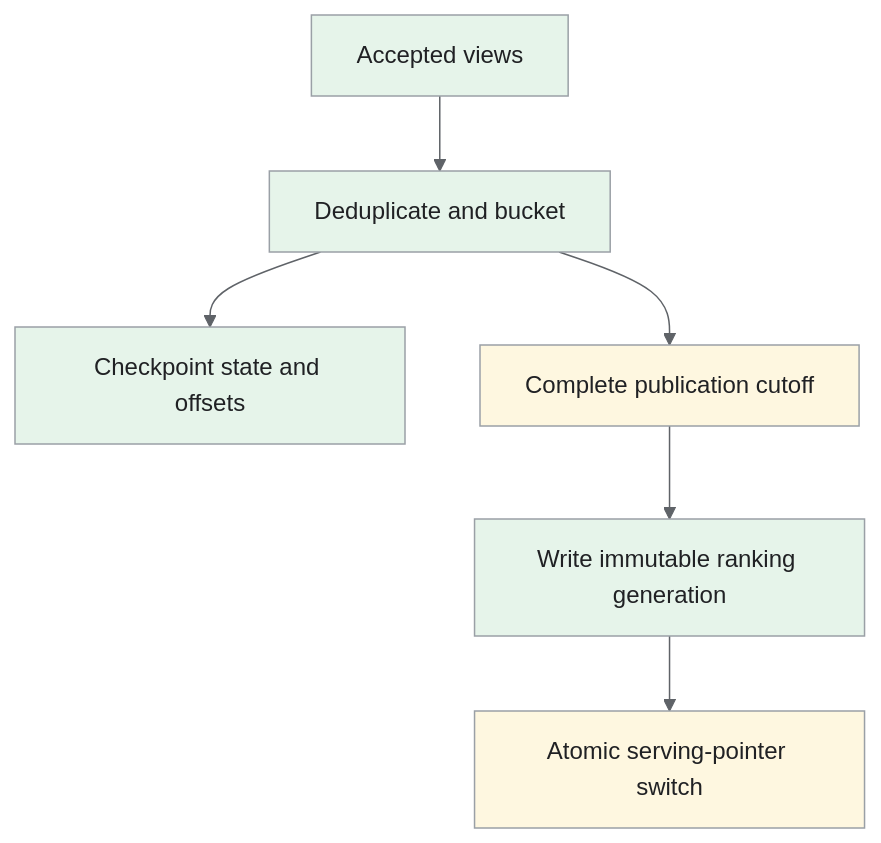
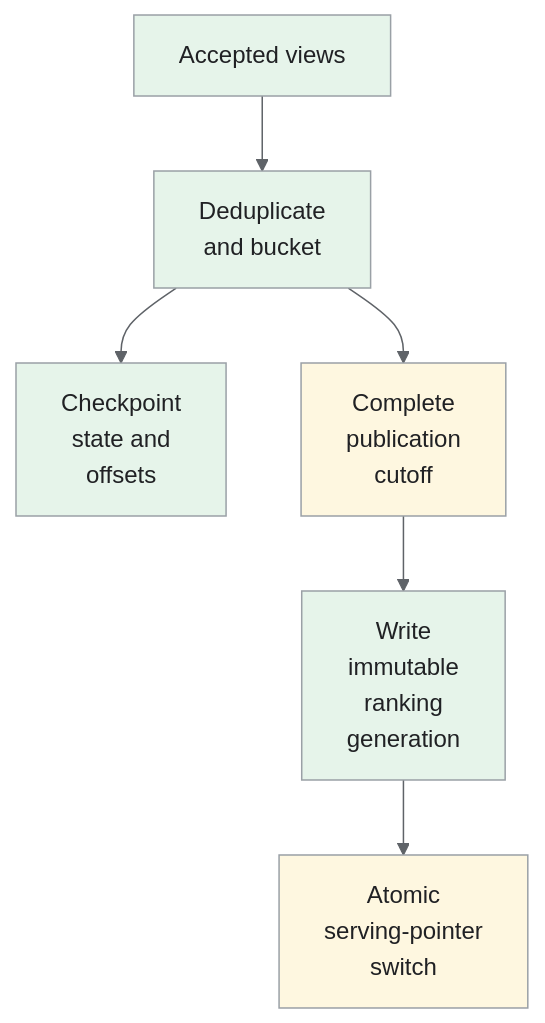
The fifth of 5 diagrams in _designs/system-design-top-k.md (iliazlobin/iliazlobin.github.io), drawn with Mermaid before and after one commit. The commit also changed other lines of this file and 116 other files, not shown here.

````diff
--- a/_designs/system-design-top-k.md
+++ b/_designs/system-design-top-k.md
@@ -317,15 +355,15 @@
 ```mermaid
-%%{init: {'theme':'base','themeVariables':{'primaryColor':'#e8f0fe','primaryTextColor':'#202124','primaryBorderColor':'#9aa0a6','lineColor':'#5f6368','secondaryColor':'#e6f4ea','tertiaryColor':'#fef7e0','actorBkg':'#e8f0fe','actorBorder':'#9aa0a6','actorTextColor':'#202124','noteBkgColor':'#fef7e0','noteTextColor':'#202124','noteBorderColor':'#9aa0a6','signalColor':'#5f6368','signalTextColor':'#202124','labelBoxBkgColor':'#fef7e0','labelBoxBorderColor':'#9aa0a6'}}}%%
+%%{init: {"theme":"base","themeVariables":{"primaryColor":"#e8f0fe","primaryBorderColor":"#9aa0a6","primaryTextColor":"#202124","secondaryColor":"#e6f4ea","tertiaryColor":"#fef7e0","lineColor":"#5f6368","actorBkg":"#e8f0fe","actorBorder":"#9aa0a6","actorTextColor":"#202124","noteBkgColor":"#fef7e0","noteBorderColor":"#9aa0a6","noteTextColor":"#202124","signalColor":"#5f6368","signalTextColor":"#202124"}}}%%
 flowchart TB
-  E["Accepted views"] --> A["Deduplicate and bucket"]
-  A --> C["Checkpoint state and offsets"]
-  A --> P["Complete publication cutoff"]
-  P --> G["Write immutable ranking generation"]
-  G --> S["Atomic serving-pointer switch"]
+  E["Accepted views"] --> A["Deduplicate<br>and bucket"]
+  A --> C["Checkpoint<br>state and<br>offsets"]
+  A --> P["Complete<br>publication<br>cutoff"]
+  P --> G["Write<br>immutable<br>ranking<br>generation"]
+  G --> S["Atomic<br>serving-pointer<br>switch"]
 classDef request fill:#e8f0fe,stroke:#9aa0a6,color:#202124;
 classDef data fill:#e6f4ea,stroke:#9aa0a6,color:#202124;
 classDef control fill:#fef7e0,stroke:#9aa0a6,color:#202124;
 class E,A,C,G data;
 class P,S control;
 
 ```
````
